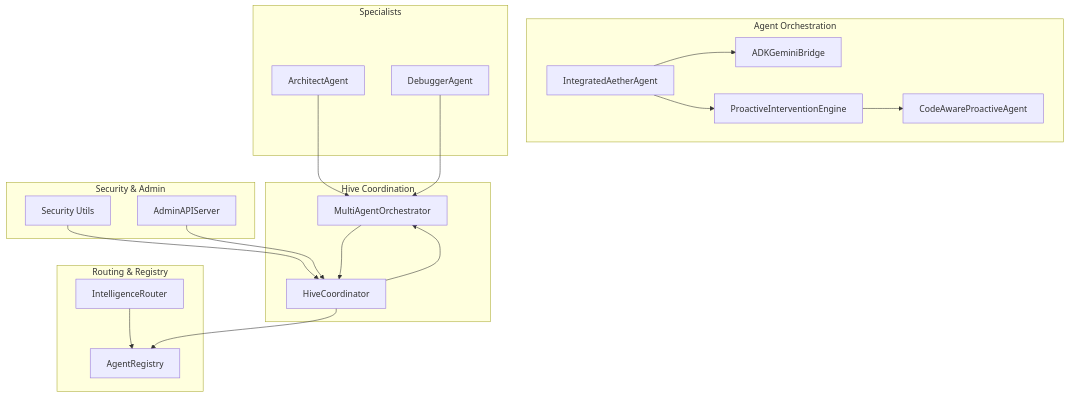
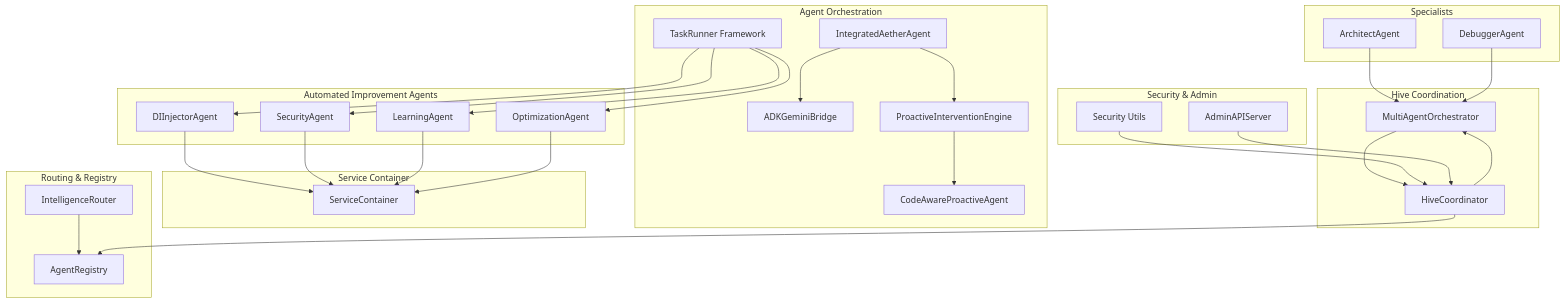
The first of 10 diagrams in .qoder/repowiki/en/content/AI Integration Layer/Agent Management System/Agent Management System.md (Moeabdelaziz007/Aether-Voice-OS), drawn with Mermaid before and after one commit. The commit also changed other lines of this file and 29 other files, not shown here.

First line of the commit message:
feat(ai-layer): enhance AI integration with specialized agents and genetic optimization

````diff
--- a/.qoder/repowiki/en/content/AI Integration Layer/Agent Management System/Agent Management System.md
+++ b/.qoder/repowiki/en/content/AI Integration Layer/Agent Management System/Agent Management System.md
@@ -43,36 +60,54 @@
 ```mermaid
 graph TB
 subgraph "Agent Orchestration"
 IA["IntegratedAetherAgent"]
 BR["ADKGeminiBridge"]
 PR["ProactiveInterventionEngine"]
 CA["CodeAwareProactiveAgent"]
+TR["TaskRunner Framework"]
 end
 subgraph "Specialists"
 AR["ArchitectAgent"]
 DG["DebuggerAgent"]
 end
+subgraph "Automated Improvement Agents"
+DI["DIInjectorAgent"]
+SA["SecurityAgent"]
+LA["LearningAgent"]
+OA["OptimizationAgent"]
+end
 subgraph "Hive Coordination"
 HC["HiveCoordinator"]
 MAO["MultiAgentOrchestrator"]
+end
+subgraph "Service Container"
+SC["ServiceContainer"]
 end
 subgraph "Routing & Registry"
 IR["IntelligenceRouter"]
 REG["AgentRegistry"]
 end
 subgraph "Security & Admin"
 SEC["Security Utils"]
 ADM["AdminAPIServer"]
 end
 IA --> BR
 IA --> PR
 PR --> CA
+TR --> DI
+TR --> SA
+TR --> LA
+TR --> OA
+DI --> SC
+SA --> SC
+LA --> SC
+OA --> SC
 AR --> MAO
 DG --> MAO
 MAO --> HC
 IR --> REG
 HC --> REG
 HC --> MAO
 SEC --> HC
 ADM --> HC
 ```
````
